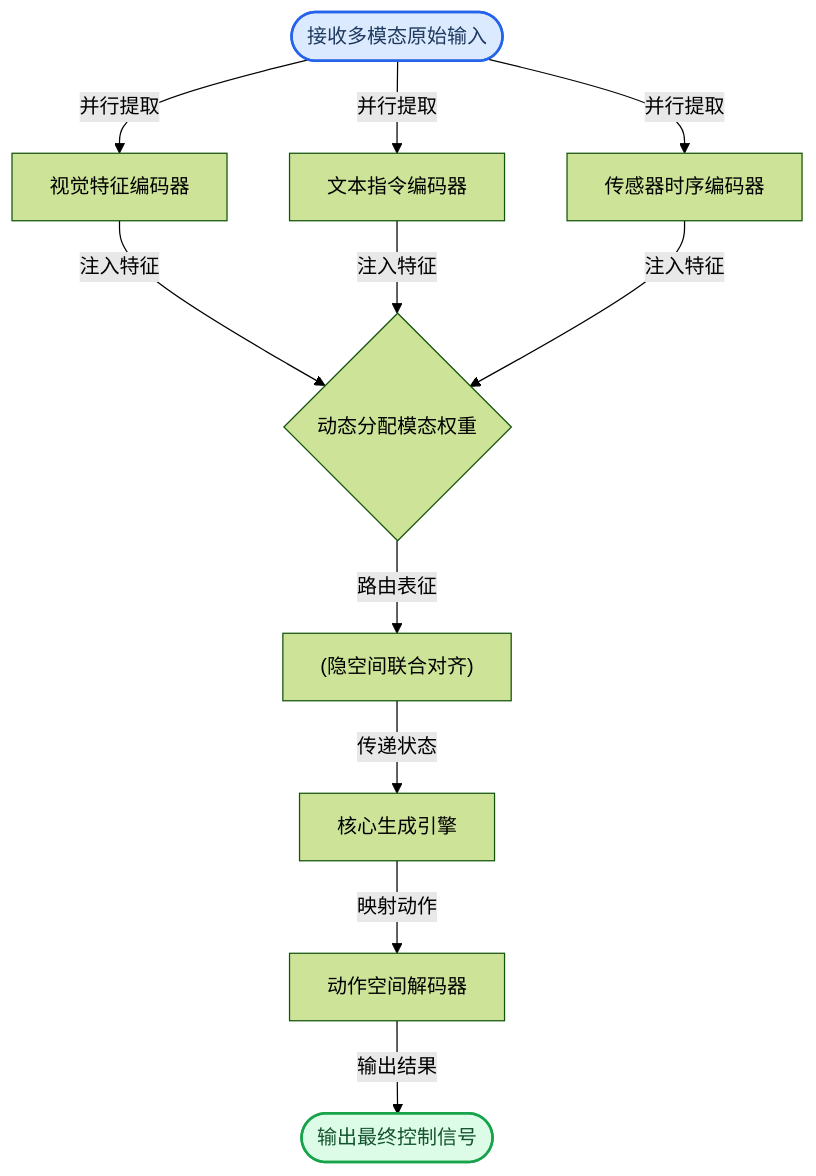
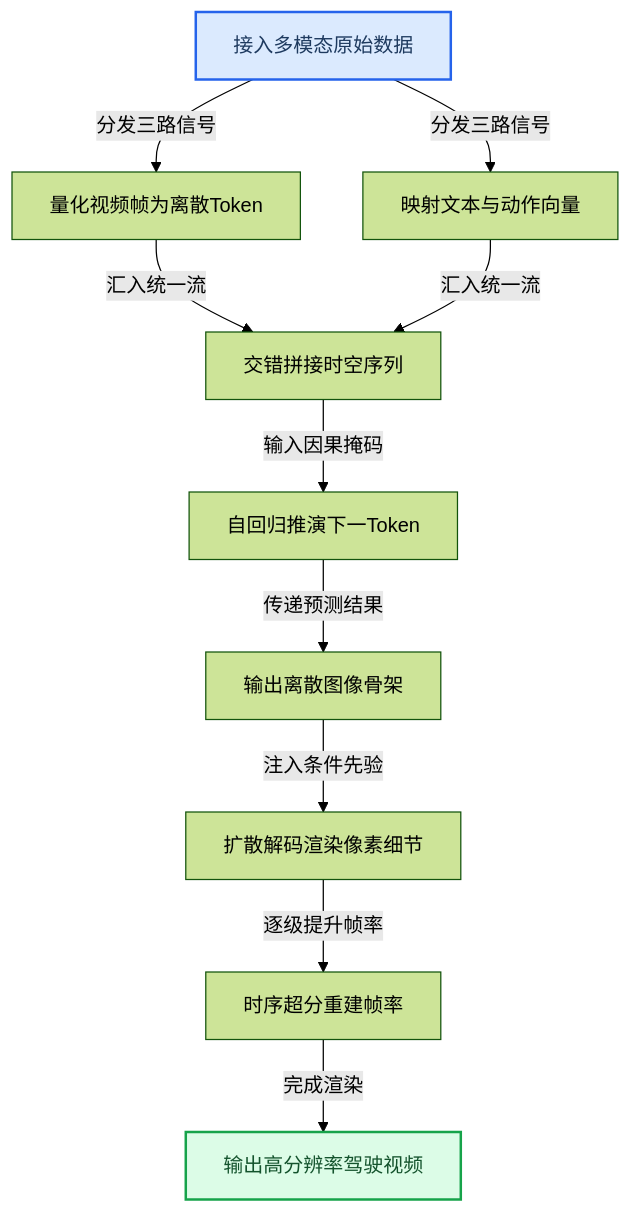
Before and after one commit to ShinewineW/paper-rolling: the fourth of 11 diagrams in person_vault/2026-06-08_GAIA1_2309.17080/report.md, drawn with Mermaid (forest theme). The commit also changed other lines of this file and 51 other files, not shown here.

````diff
--- a/person_vault/2026-06-08_GAIA1_2309.17080/report.md
+++ b/person_vault/2026-06-08_GAIA1_2309.17080/report.md
@@ -112,22 +180,26 @@
 ```mermaid
 flowchart TB
-    raw_input(["接收多模态原始输入"]) -->|并行提取| vision_enc["视觉特征编码器"]
-    raw_input -->|并行提取| text_enc["文本指令编码器"]
-    raw_input -->|并行提取| sensor_enc["传感器时序编码器"]
+    ingest_raw_data["接入多模态原始数据"]:::required
+    encode_video_frames["量化视频帧为离散Token"]
+    map_text_action["映射文本与动作向量"]
+    interleave_sequences["交错拼接时空序列"]
+    predict_next_tokens["自回归推演下一Token"]
+    output_discrete_skeleton["输出离散图像骨架"]
+    render_pixel_details["扩散解码渲染像素细节"]
+    upsample_temporal_frames["时序超分重建帧率"]
+    generate_final_video["输出高分辨率驾驶视频"]:::output
 
-    vision_enc -->|注入特征| cross_attn{动态分配模态权重}
-    text_enc -->|注入特征| cross_attn
-    sensor_enc -->|注入特征| cross_attn
-
-    cross_attn -->|路由表征| latent_align["(隐空间联合对齐)"]
-    latent_align -->|传递状态| core_engine["核心生成引擎"]
-    core_engine -->|映射动作| action_dec["动作空间解码器"]
-    action_dec -->|输出结果| final_output(["输出最终控制信号"])
+    ingest_raw_data -->|分发三路信号| encode_video_frames
+    ingest_raw_data -->|分发三路信号| map_text_action
+    encode_video_frames -->|汇入统一流| interleave_sequences
+    map_text_action -->|汇入统一流| interleave_sequences
+    interleave_sequences -->|输入因果掩码| predict_next_tokens
+    predict_next_tokens -->|传递预测结果| output_discrete_skeleton
+    output_discrete_skeleton -->|注入条件先验| render_pixel_details
+    render_pixel_details -->|逐级提升帧率| upsample_temporal_frames
+    upsample_temporal_frames -->|完成渲染| generate_final_video
 
     classDef required fill:#dbeafe,stroke:#2563eb,stroke-width:2px,color:#1e3a5f
     classDef output fill:#dcfce7,stroke:#16a34a,stroke-width:2px,color:#14532d
     classDef optional fill:#fef9c3,stroke:#ca8a04,stroke-width:2px,color:#713f12
-
-    class raw_input required
-    class final_output output
 ```
````
